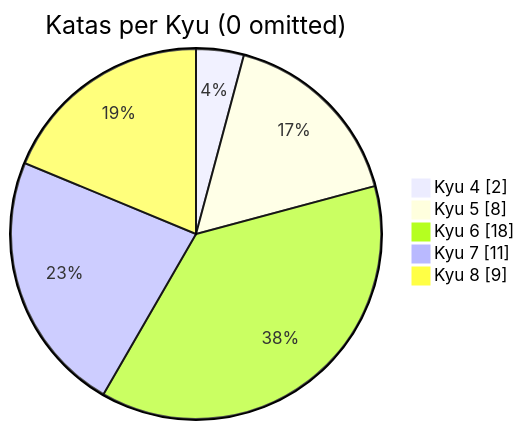
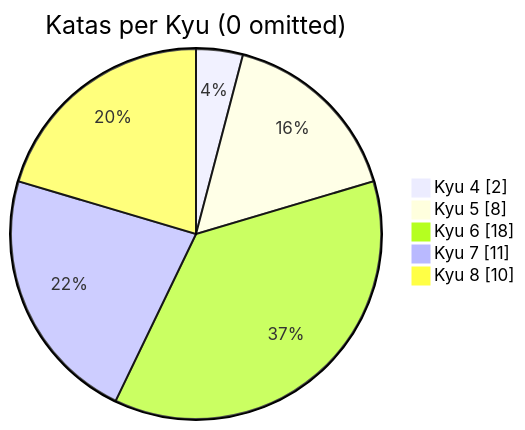
One commit to MauricioLudwig/codewars-typescript changed the diagram in README.md. Above: the diagram before and after it, drawn with Mermaid. The commit also changed other lines of this file, not shown here.

````diff
--- a/README.md
+++ b/README.md
@@ -19,9 +19,9 @@
 ```mermaid
 pie showData
     title Katas per Kyu (0 omitted)
 	"Kyu 4": 2
 	"Kyu 5": 8
 	"Kyu 6": 18
 	"Kyu 7": 11
-	"Kyu 8": 9
+	"Kyu 8": 10
 ```
````
